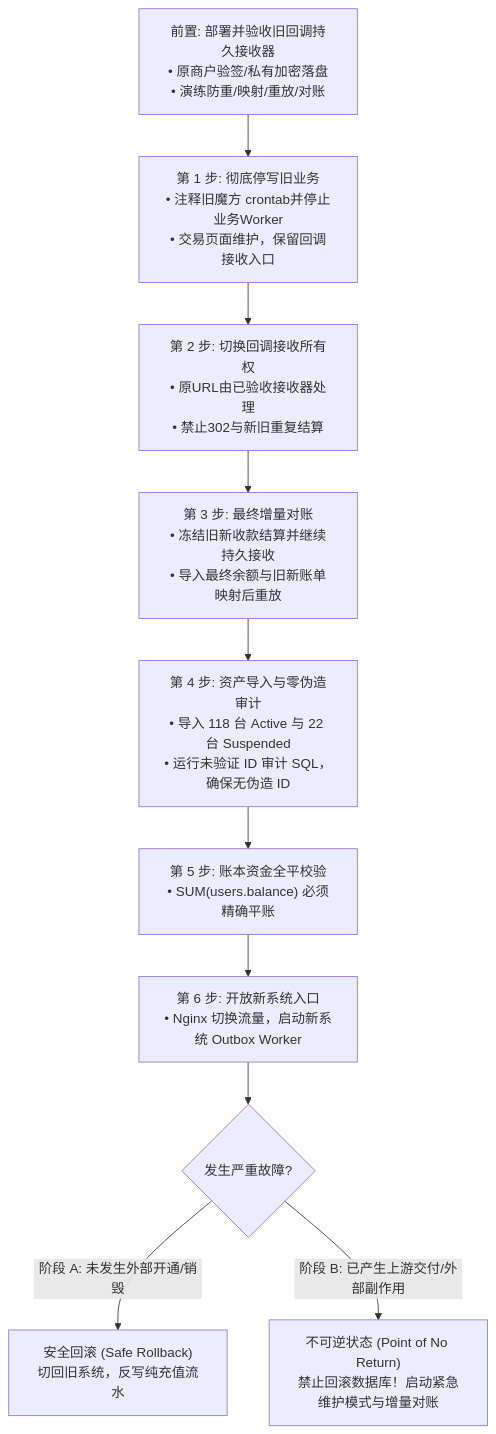
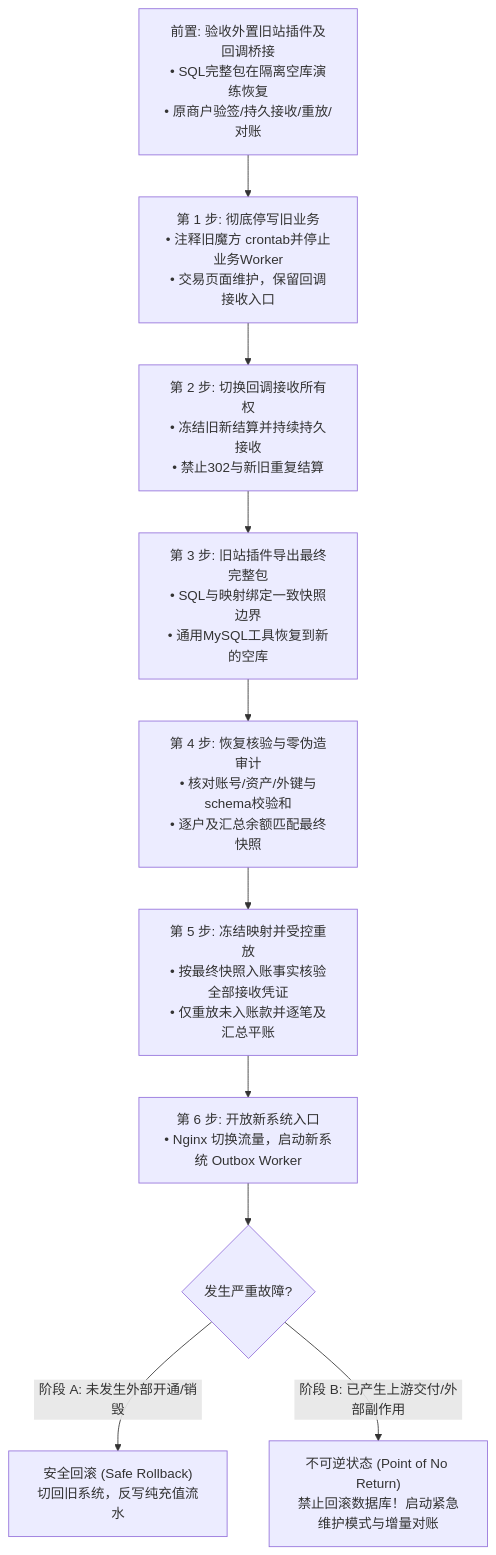
One commit to QAQ000000/idc changed the diagram in docs/MIGRATION_RUNBOOK.md. Above: the diagram before and after it, drawn with Mermaid. The commit also changed other lines of this file and 10 other files, not shown here.

````diff
--- a/docs/MIGRATION_RUNBOOK.md
+++ b/docs/MIGRATION_RUNBOOK.md
@@ -233,12 +136,12 @@
 ```mermaid
 flowchart TD
-    S0["前置: 部署并验收旧回调持久接收器<br/>• 原商户验签/私有加密落盘<br/>• 演练防重/映射/重放/对账"] --> S1
+    S0["前置: 验收外置旧站插件及回调桥接<br/>• SQL完整包在隔离空库演练恢复<br/>• 原商户验签/持久接收/重放/对账"] --> S1
     S1["第 1 步: 彻底停写旧业务<br/>• 注释旧魔方 crontab并停止业务Worker<br/>• 交易页面维护，保留回调接收入口"] --> S2
-    S2["第 2 步: 切换回调接收所有权<br/>• 原URL由已验收接收器处理<br/>• 禁止302与新旧重复结算"] --> S3
-    S3["第 3 步: 最终增量对账<br/>• 冻结旧新收款结算并继续持久接收<br/>• 导入最终余额与旧新账单映射后重放"] --> S4
-    S4["第 4 步: 资产导入与零伪造审计<br/>• 导入 118 台 Active 与 22 台 Suspended<br/>• 运行未验证 ID 审计 SQL，确保无伪造 ID"] --> S5
-    S5["第 5 步: 账本资金全平校验<br/>• SUM(users.balance) 必须精确平账"] --> S6
+    S2["第 2 步: 切换回调接收所有权<br/>• 冻结旧新结算并持续持久接收<br/>• 禁止302与新旧重复结算"] --> S3
+    S3["第 3 步: 旧站插件导出最终完整包<br/>• SQL与映射绑定一致快照边界<br/>• 通用MySQL工具恢复到新的空库"] --> S4
+    S4["第 4 步: 恢复核验与零伪造审计<br/>• 核对账号/资产/外键与schema校验和<br/>• 逐户及汇总余额匹配最终快照"] --> S5
+    S5["第 5 步: 冻结映射并受控重放<br/>• 按最终快照入账事实核验全部接收凭证<br/>• 仅重放未入账款并逐笔及汇总平账"] --> S6
     S6["第 6 步: 开放新系统入口<br/>• Nginx 切换流量，启动新系统 Outbox Worker"] --> PONR{"发生严重故障?"}
     PONR -- "阶段 A: 未发生外部开通/销毁" --> SafeRollback["安全回滚 (Safe Rollback)<br/>切回旧系统，反写纯充值流水"]
     PONR -- "阶段 B: 已产生上游交付/外部副作用" --> Irreversible["不可逆状态 (Point of No Return)<br/>禁止回滚数据库！启动紧急维护模式与增量对账"]
 ```
````
